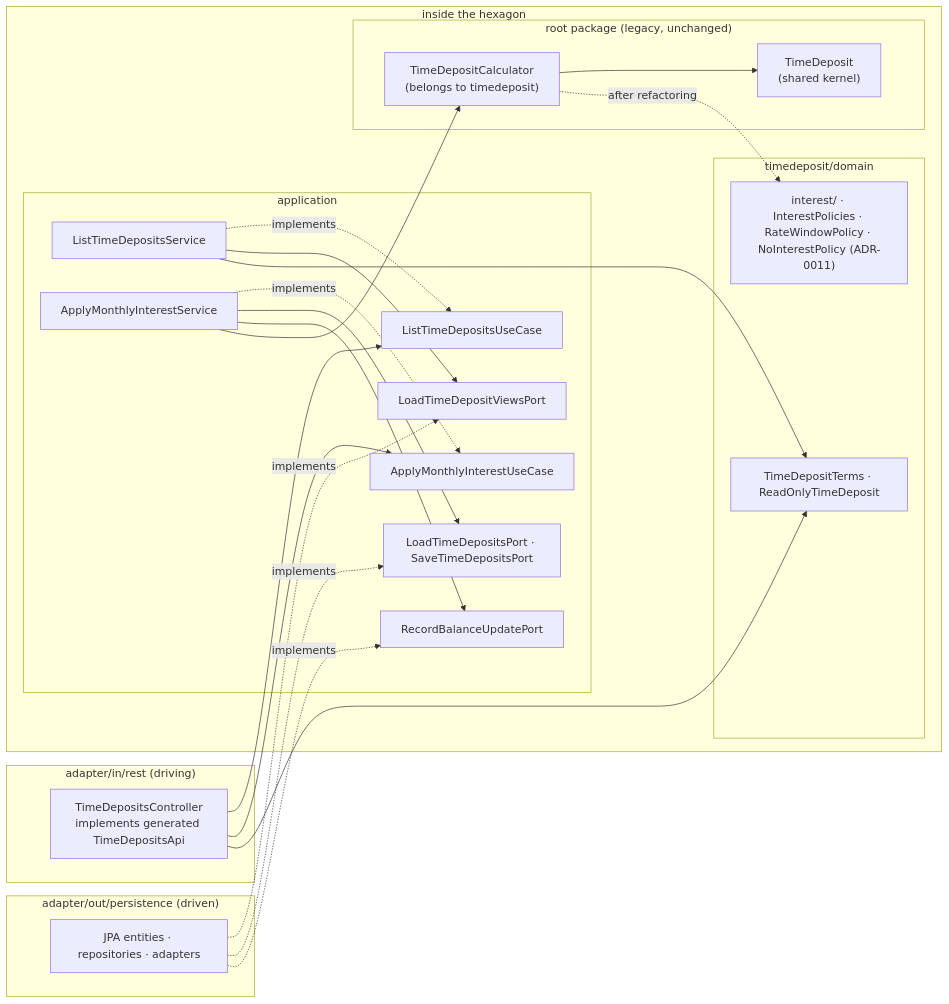
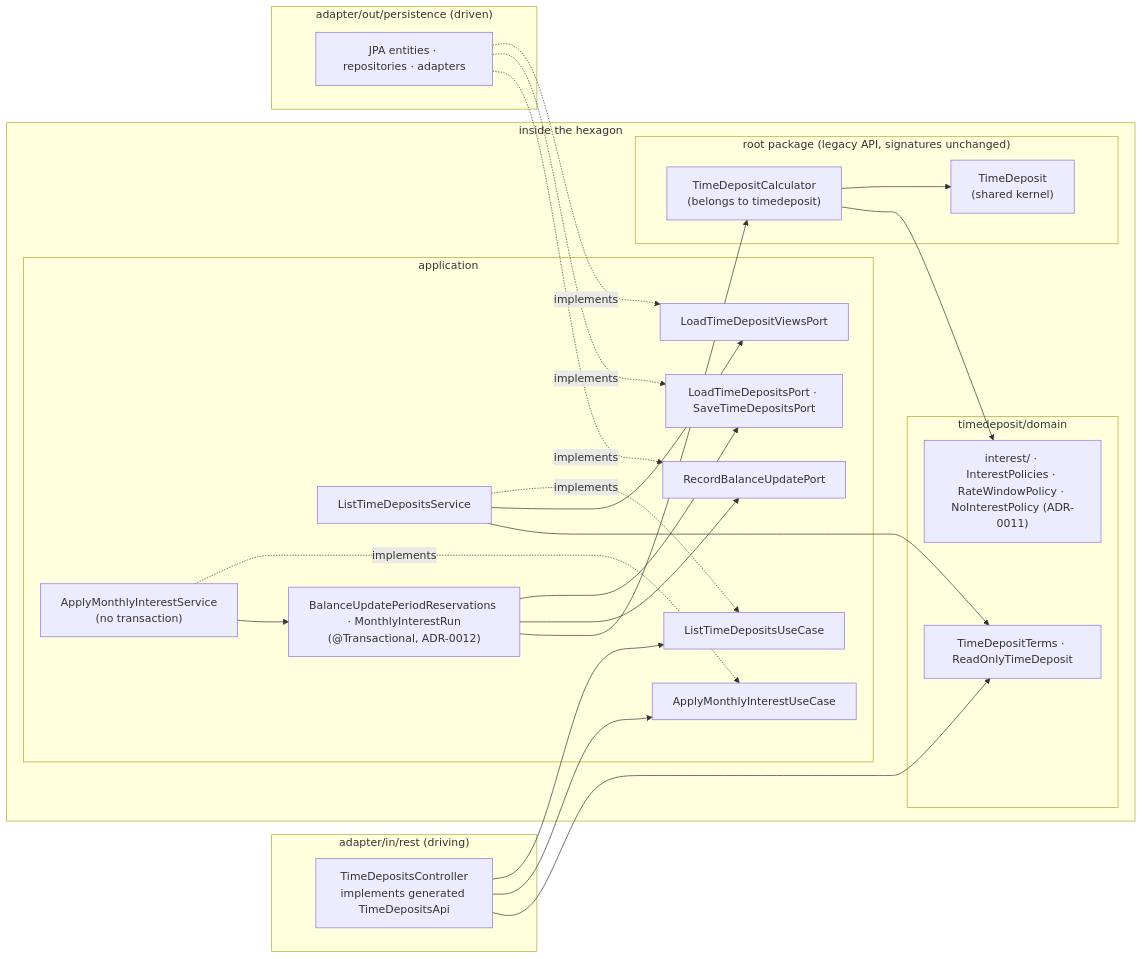
One commit to bh3x/time-deposit-kata changed the third of 5 diagrams in docs/architecture/overview.md. Above: the diagram before and after it, drawn with Mermaid. The commit also changed other lines of this file and 2 other files, not shown here.

````diff
--- a/docs/architecture/overview.md
+++ b/docs/architecture/overview.md
@@ -32,38 +32,40 @@
 ```mermaid
 flowchart LR
   subgraph rest["adapter/in/rest (driving)"]
     ctrl["TimeDepositsController<br/>implements generated TimeDepositsApi"]
   end
   subgraph core["inside the hexagon"]
     subgraph app["application"]
       in1["ListTimeDepositsUseCase"]
       in2["ApplyMonthlyInterestUseCase"]
       svc1["ListTimeDepositsService"]
-      svc2["ApplyMonthlyInterestService"]
+      svc2["ApplyMonthlyInterestService<br/>(no transaction)"]
+      tx["BalanceUpdatePeriodReservations · MonthlyInterestRun<br/>(@Transactional, ADR-0012)"]
       out1["LoadTimeDepositViewsPort"]
       out2["LoadTimeDepositsPort · SaveTimeDepositsPort"]
       out3["RecordBalanceUpdatePort"]
     end
     subgraph domain["timedeposit/domain"]
       terms["TimeDepositTerms · ReadOnlyTimeDeposit"]
       policies["interest/ · InterestPolicies · RateWindowPolicy · NoInterestPolicy (ADR-0011)"]
     end
-    subgraph root["root package (legacy, unchanged)"]
+    subgraph root["root package (legacy API, signatures unchanged)"]
       calc["TimeDepositCalculator<br/>(belongs to timedeposit)"]
       kernel["TimeDeposit<br/>(shared kernel)"]
     end
   end
   subgraph persistence["adapter/out/persistence (driven)"]
     jpa["JPA entities · repositories · adapters"]
   end
   ctrl --> in1 & in2
   svc1 -. implements .-> in1
   svc2 -. implements .-> in2
   svc1 --> out1
-  svc2 --> out2 & out3 & calc
+  svc2 --> tx
+  tx --> out2 & out3 & calc
   jpa -. implements .-> out1 & out2 & out3
   svc1 --> terms
   ctrl --> terms
   calc --> kernel
-  calc -. "after refactoring" .-> policies
+  calc --> policies
 ```
````
